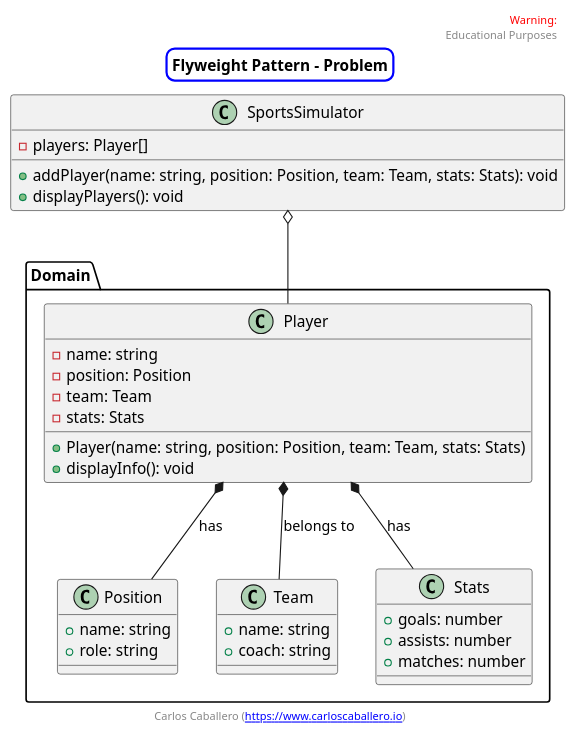
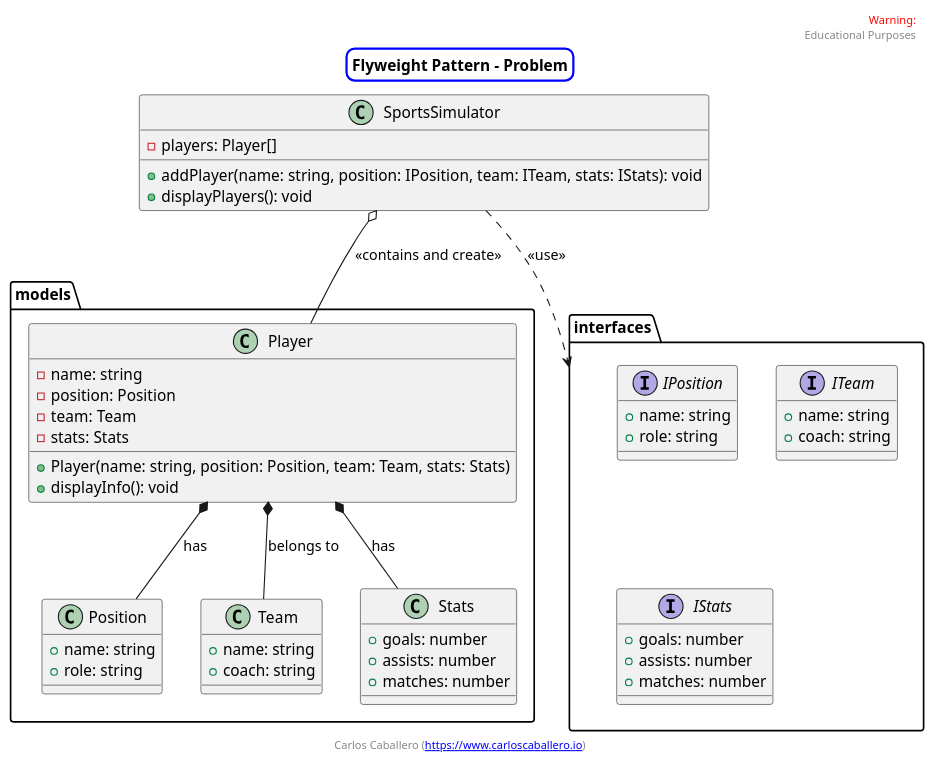
The diagram in flyweight-pattern/example2/problem/uml.puml (Caballerog/blog), drawn with PlantUML before and after one commit. The commit also changed 27 other files, not shown here.

```diff
--- a/flyweight-pattern/example2/problem/uml.puml
+++ b/flyweight-pattern/example2/problem/uml.puml
@@ -2,62 +2,79 @@
 @startuml
 skinparam titleBorderRoundCorner 15
 skinparam titleBorderThickness 2
 skinparam titleBorderColor blue
 
 
 header
 <font color=red>Warning:</font>
 Educational Purposes
 endheader
 
 center footer Carlos Caballero ([[https://www.carloscaballero.io https://www.carloscaballero.io]])
 
 
 title Flyweight Pattern - Problem
 
-package Domain {
 
+
+ package models {
     class Player {
         - name: string
         - position: Position
         - team: Team
         - stats: Stats
         + Player(name: string, position: Position, team: Team, stats: Stats)
         + displayInfo(): void
     }
 
     class Position {
         + name: string
         + role: string
     }
 
     class Team {
         + name: string
         + coach: string
     }
 
     class Stats {
         + goals: number
         + assists: number
         + matches: number
     }
 
+    }
+    package interfaces{
+        interface IPosition {
+            + name: string
+            + role: string
+        }
+        interface ITeam {
+            + name: string
+            + coach: string
+        }
+        interface IStats {
+            + goals: number
+            + assists: number
+            + matches: number
+        }
+    }
+    
 
-    
-}
 
 class SportsSimulator {
     - players: Player[]
-    + addPlayer(name: string, position: Position, team: Team, stats: Stats): void
+    + addPlayer(name: string, position: IPosition, team: ITeam, stats: IStats): void
     + displayPlayers(): void
 }
 
 Player *--  Position : has
 Player  *-- Team : belongs to
 Player  *--  Stats : has
-SportsSimulator o-- Player
+SportsSimulator o-- Player : "<<contains and create>>"
+SportsSimulator ..> interfaces: "<<use>>"
 
 
 
 
 @enduml
```
